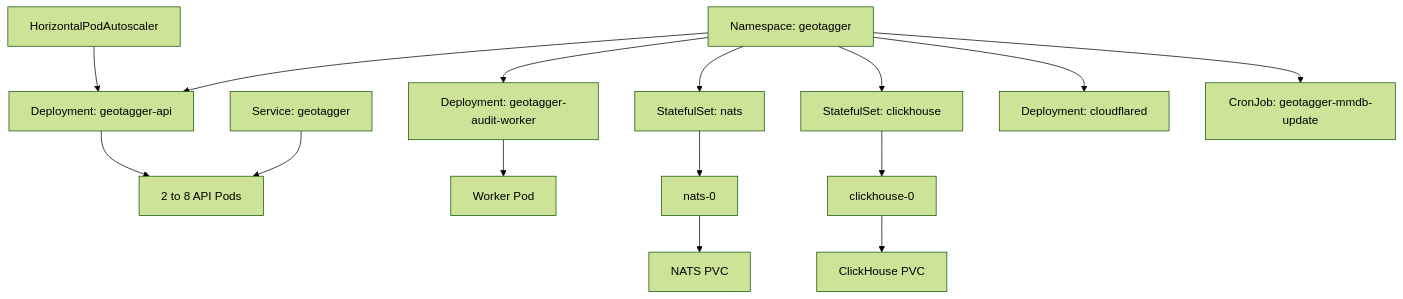
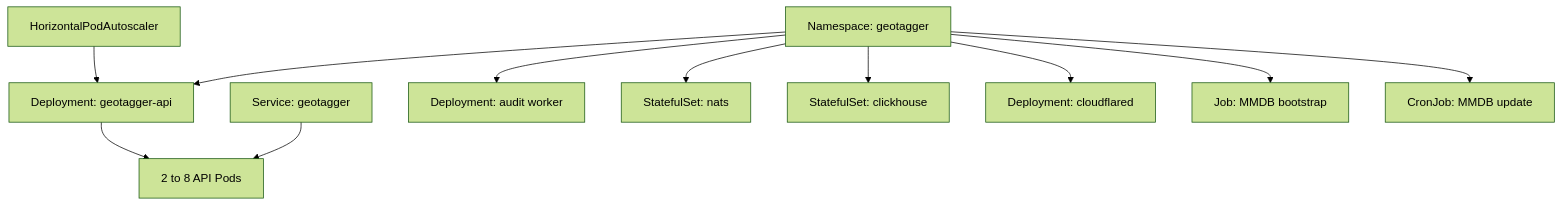
Before and after one commit to Jstarzz/geotagger: the tenth of 11 diagrams in docs/ARCHITECTURE.md, drawn with Mermaid (forest theme). The commit also changed other lines of this file, not shown here.

````diff
--- a/docs/ARCHITECTURE.md
+++ b/docs/ARCHITECTURE.md
@@ -341,21 +321,13 @@
 ```mermaid
 flowchart TB
     NS["Namespace: geotagger"] --> ADEP["Deployment: geotagger-api"]
     ADEP --> APODS["2 to 8 API Pods"]
     HPA["HorizontalPodAutoscaler"] --> ADEP
     ASVC["Service: geotagger"] --> APODS
-
-    NS --> WDEP["Deployment: geotagger-audit-worker"]
-    WDEP --> WPOD["Worker Pod"]
-
+    NS --> WDEP["Deployment: audit worker"]
     NS --> NSET["StatefulSet: nats"]
-    NSET --> NPOD["nats-0"]
-    NPOD --> NPVC["NATS PVC"]
-
     NS --> CSET["StatefulSet: clickhouse"]
-    CSET --> CPOD["clickhouse-0"]
-    CPOD --> CPVC["ClickHouse PVC"]
-
     NS --> CFDEP["Deployment: cloudflared"]
-    NS --> CRON["CronJob: geotagger-mmdb-update"]
+    NS --> BOOT["Job: MMDB bootstrap"]
+    NS --> CRON["CronJob: MMDB update"]
 ```
````
